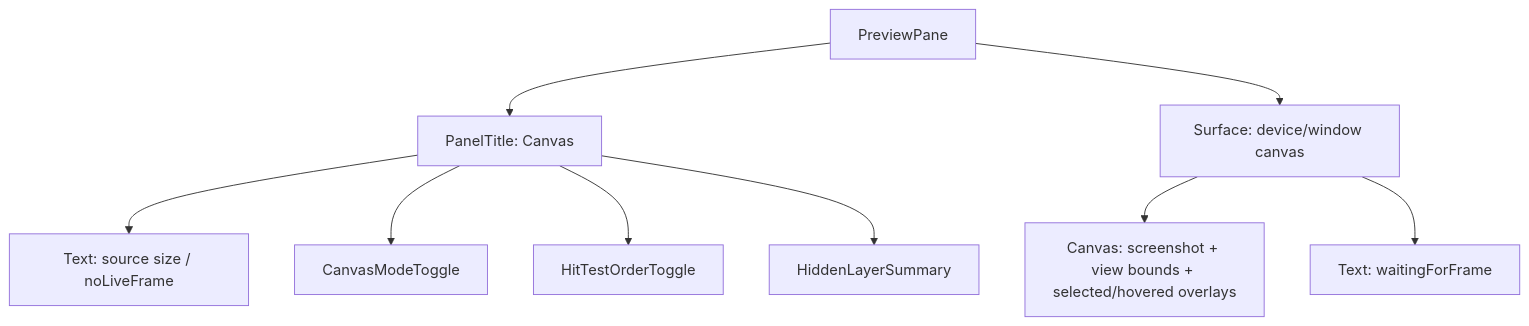
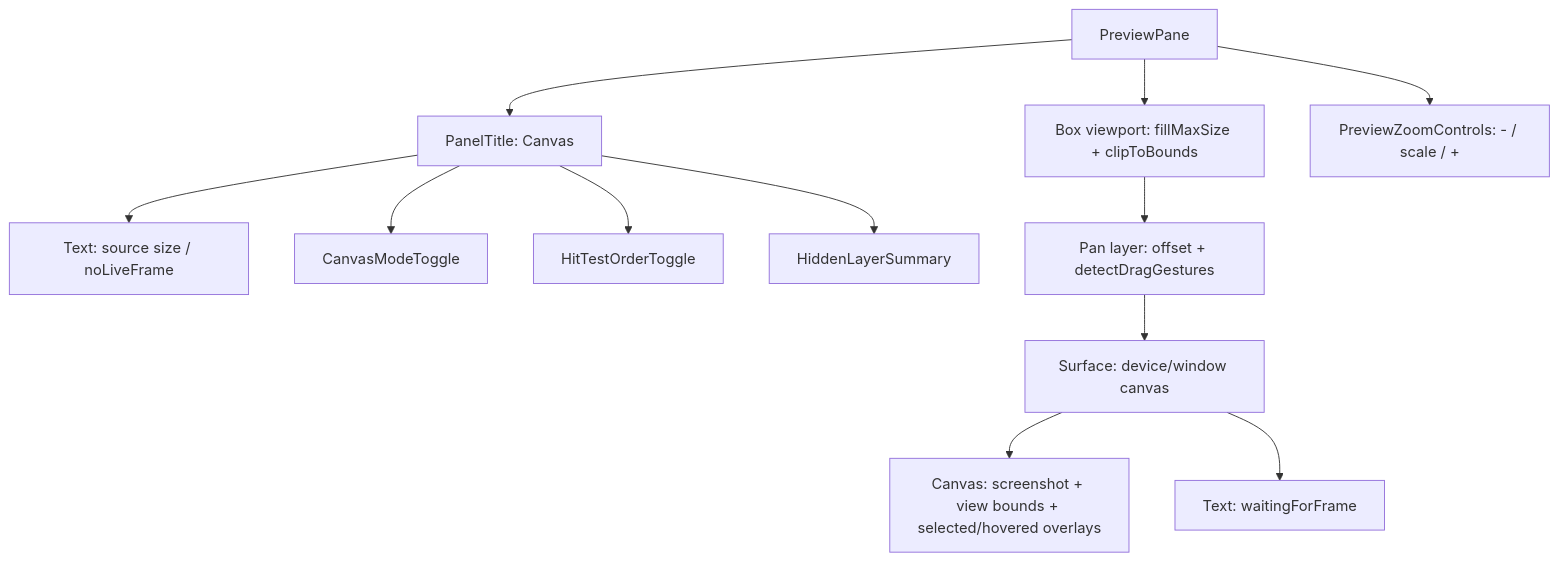
Before and after one commit to yuchuangu85/AndroidPerformanceStudio: the eighth of 24 diagrams in desktop-viewer/docs/ui-layout-map.md, drawn with Mermaid. The commit also changed other lines of this file and 10 other files, not shown here.

````diff
--- a/desktop-viewer/docs/ui-layout-map.md
+++ b/desktop-viewer/docs/ui-layout-map.md
@@ -563,21 +565,26 @@
 ```mermaid
 flowchart TD
     Pane[PreviewPane]
     Title[PanelTitle: Canvas]
     Size[Text: source size / noLiveFrame]
     AppOnly[CanvasModeToggle]
     HitOrder[HitTestOrderToggle]
     Hidden[HiddenLayerSummary]
+    Viewport[Box viewport: fillMaxSize + clipToBounds]
+    PanLayer[Pan layer: offset + detectDragGestures]
     PreviewSurface[Surface: device/window canvas]
     Canvas[Canvas: screenshot + view bounds + selected/hovered overlays]
+    Zoom[PreviewZoomControls: - / scale / +]
     Waiting[Text: waitingForFrame]
 
     Pane --> Title
     Title --> Size
     Title --> AppOnly
     Title --> HitOrder
     Title --> Hidden
-    Pane --> PreviewSurface
+    Pane --> Viewport
+    Viewport --> PanLayer --> PreviewSurface
     PreviewSurface --> Canvas
     PreviewSurface --> Waiting
+    Pane --> Zoom
 ```
````
